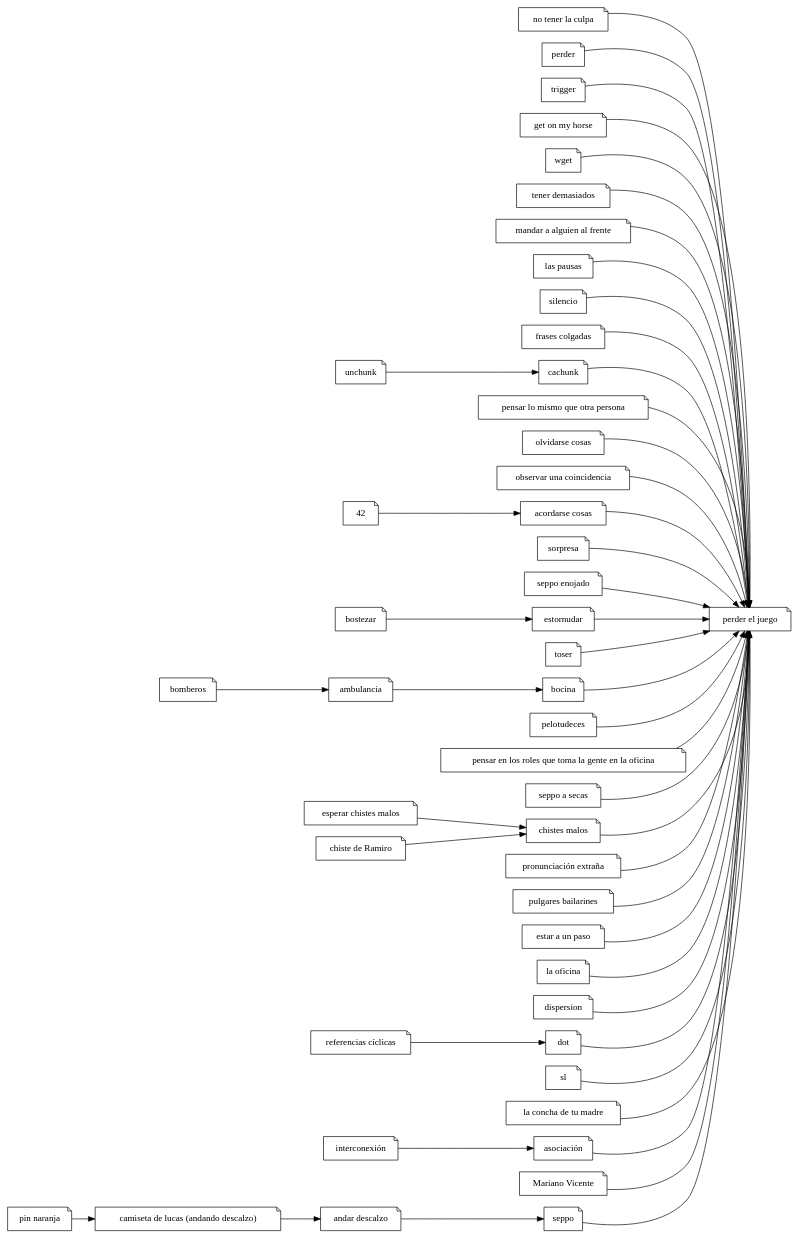
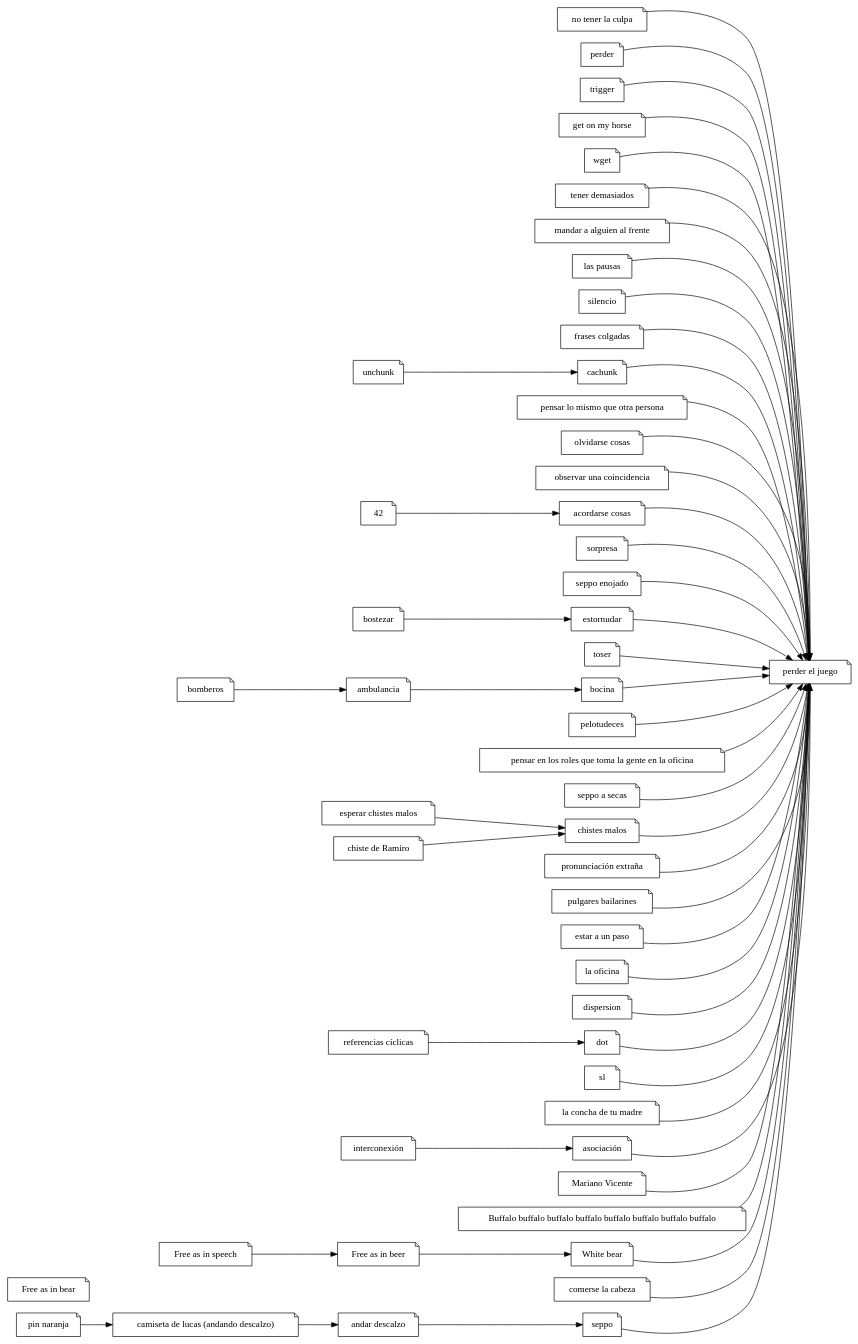
One commit to ramiror/ilostthegame changed the diagram in ilostthegame.dot. Above: the diagram before and after it, drawn with Graphviz. The commit also changed 2 other files, not shown here.

Commit message:
comerse la cabeza

```diff
--- a/ilostthegame.dot
+++ b/ilostthegame.dot
@@ -1,98 +1,108 @@
 digraph
 {
 	rankdir="LR"
 	node [shape="note"]
 
 	pej [label="perder el juego"]
 	"no tener la culpa"
 	"perder"
 	"trigger"
 	"get on my horse"
 	"wget"
 	"tener demasiados"
 	"mandar a alguien al frente"
 	"las pausas"
 	"silencio"
 	"frases colgadas"
 	"cachunk"
 	"pensar lo mismo que otra persona"
 	"olvidarse cosas"
 	"observar una coincidencia"
 	"acordarse cosas"
 	"sorpresa"
 	"seppo enojado"
 	"estornudar"
 	"toser"
 	"bocina"
 	"pelotudeces"
 	roles [label="pensar en los roles que toma la gente en la oficina"]
 	"seppo a secas"
 	"bostezar"
 	"chistes malos"
 	pe [label="pronunciación extraña"]
 	"pulgares bailarines"
 	"estar a un paso"
 	"la oficina"
 	"dispersion"
 	"ambulancia"
 	"esperar chistes malos"
 	"chiste de Ramiro"
 	"unchunk"
 	"andar descalzo"
 	"pin naranja" 
 	dot
 	sl
 	rc [label="referencias cíclicas"]
 	camiseta [label="camiseta de lucas (andando descalzo)"]
 	lcdtm [label="la concha de tu madre"]
 	bomberos
 	int [label="interconexión"]
 	asoc [label="asociación"]
 	mv [label="Mariano Vicente"]
+	buffalo [label="Buffalo buffalo buffalo buffalo buffalo buffalo buffalo buffalo"]
+	fais [label="Free as in speech"]
+	faib [label="Free as in beer"]
+	faibe [label="Free as in bear"]
+	wb [label="White bear"]
+	comecoco [label="comerse la cabeza"]
+
 	"perder"                           -> pej
 	"no tener la culpa"                -> pej
 	"trigger"                          -> pej
 	"get on my horse"                  -> pej
 	"wget"                             -> pej
 	"tener demasiados"                 -> pej
 	"mandar a alguien al frente"       -> pej
 	"las pausas"                       -> pej
 	"silencio"                         -> pej
 	"frases colgadas"                  -> pej
 	"cachunk"                          -> pej
 	"pensar lo mismo que otra persona" -> pej
 	"olvidarse cosas"                  -> pej
 	"observar una coincidencia"        -> pej
 	"acordarse cosas"                  -> pej
 	"sorpresa"                         -> pej
 	"seppo enojado"                    -> pej
 	"estornudar"                       -> pej
 	"toser"                            -> pej
 	"bocina"                           -> pej
 	"pelotudeces"                      -> pej
 	roles -> pej
 	"seppo a secas"                    -> pej
 	"chistes malos"                    -> pej
 	pe                                 -> pej
 	"pulgares bailarines"              -> pej
 	"estar a un paso"                  -> pej
 	"la oficina"                       -> pej
 	"dispersion"                       -> pej
 	"seppo"                            -> pej
 	lcdtm                              -> pej
 	asoc                               -> pej
 	mv                                 -> pej
 	dot                                -> pej
 	sl                                 -> pej
+	buffalo                            -> pej
+	comecoco                           -> pej
 
 	bomberos -> "ambulancia" -> "bocina"
 	"esperar chistes malos" -> "chistes malos"
 	"chiste de Ramiro" -> "chistes malos"
 	"unchunk" -> "cachunk"
 	"andar descalzo" -> "seppo"
 	"pin naranja" -> camiseta -> "andar descalzo"
 	int -> asoc
 	"bostezar" -> estornudar
 	42 -> "acordarse cosas"
 	rc -> dot
+	fais -> faib -> wb                 -> pej
 }
```
